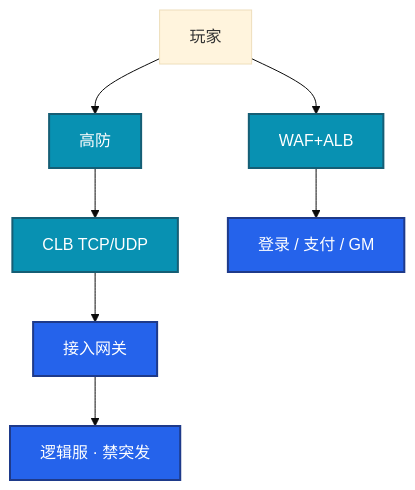
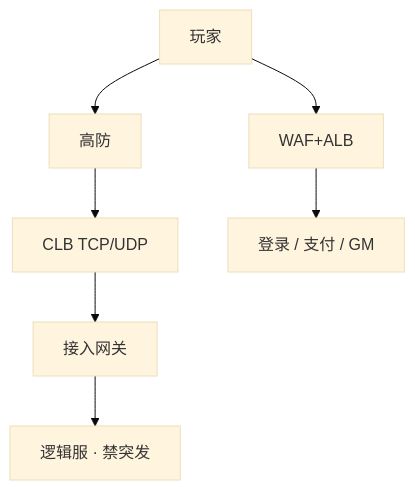
The third of 6 diagrams in 06-云平台/08-火山引擎生产/练习题.md (ml-cuizijun/LearnToLilith), drawn with Mermaid (base theme) before and after one commit. The commit also changed other lines of this file and 470 other files, not shown here.

````diff
--- a/06-云平台/08-火山引擎生产/练习题.md
+++ b/06-云平台/08-火山引擎生产/练习题.md
@@ -126,13 +123,9 @@
 ```mermaid
 flowchart TB
-    p[玩家] --> gf[高防]
-    gf --> clb[CLB TCP/UDP]
-    clb --> gw[接入网关]
-    gw --> logic[逻辑服 · 禁突发]
-    p --> waf[WAF+ALB]
-    waf --> http[登录 / 支付 / GM]
-    classDef e fill:#0891B2,stroke:#155E75,stroke-width:2px,color:#fff
-    classDef v fill:#2563EB,stroke:#1E3A8A,stroke-width:2px,color:#fff
-    class gf,clb,waf e
-    class gw,logic,http v
+    p["玩家"] --> gf["高防"]
+    gf --> clb["CLB TCP/UDP"]
+    clb --> gw["接入网关"]
+    gw --> logic["逻辑服 · 禁突发"]
+    p --> waf["WAF+ALB"]
+    waf --> http["登录 / 支付 / GM"]
 ```
````
